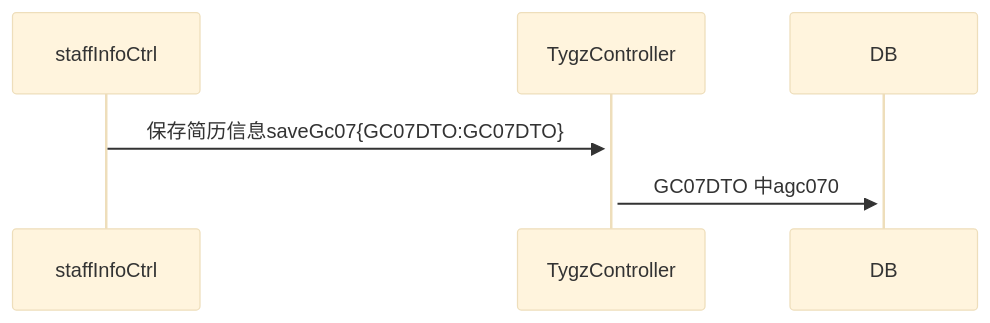
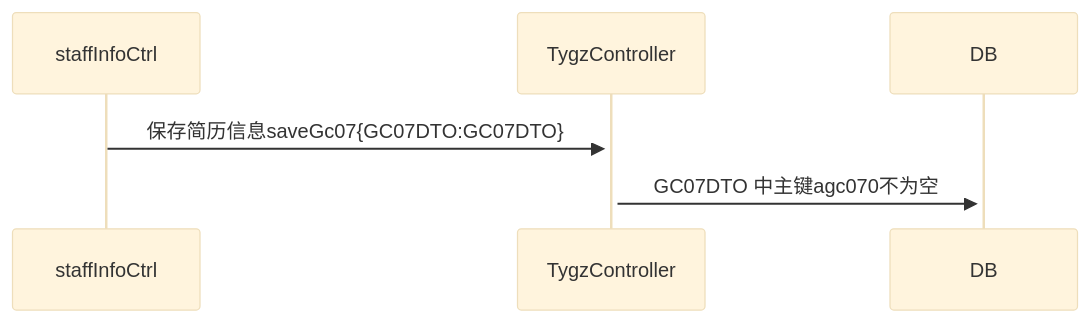
The diagram in all/未命名.md (ZhangJianBeiJing/iodraw-files), drawn with Mermaid (base theme) before and after one commit.

Commit message:
2025-03-25 17:07:00 update

````diff
--- a/all/未命名.md
+++ b/all/未命名.md
@@ -1,7 +1,7 @@
 ```mermaid
 sequenceDiagram
     staffInfoCtrl->>+TygzController:保存简历信息saveGc07{GC07DTO:GC07DTO}
-    TygzController->>+DB:GC07DTO 中agc070
+    TygzController->>+DB:GC07DTO 中主键agc070不为空
 
             
 ```
````
